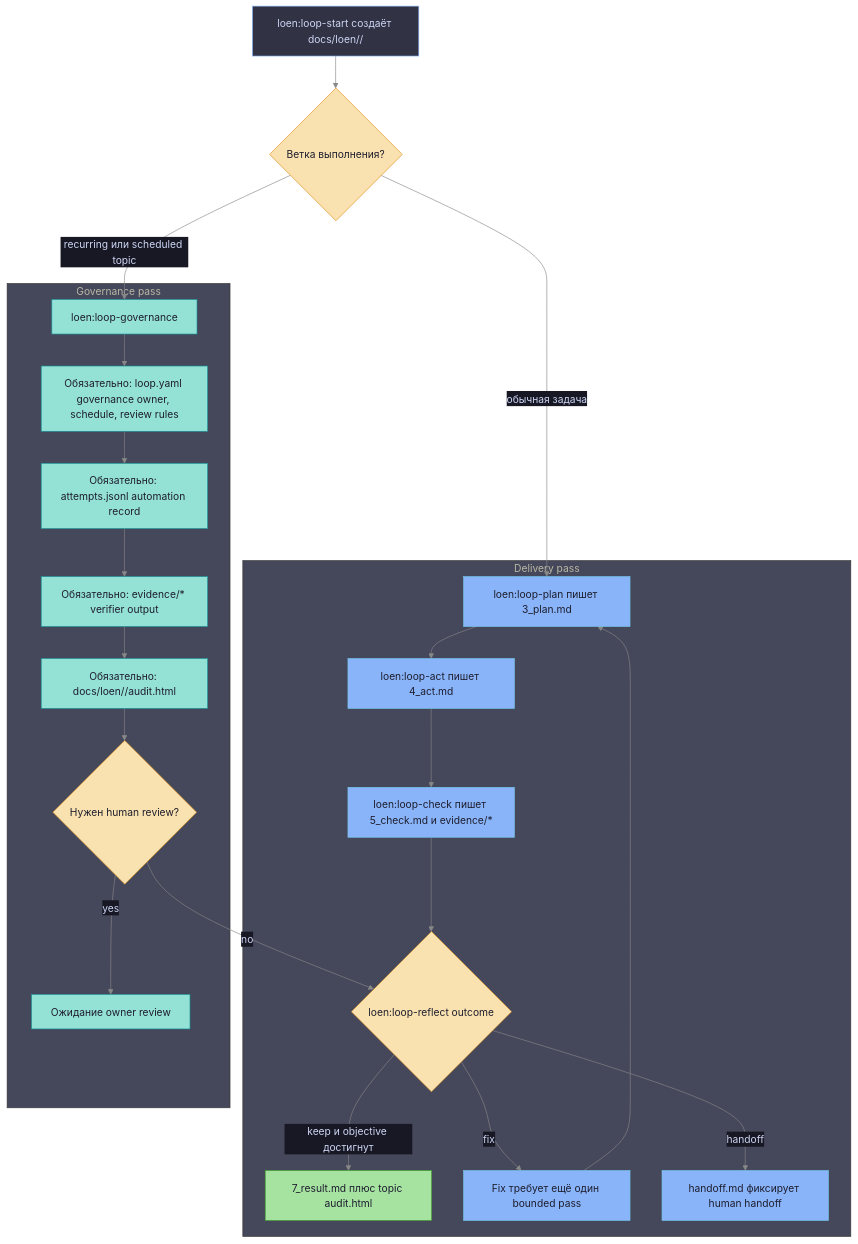
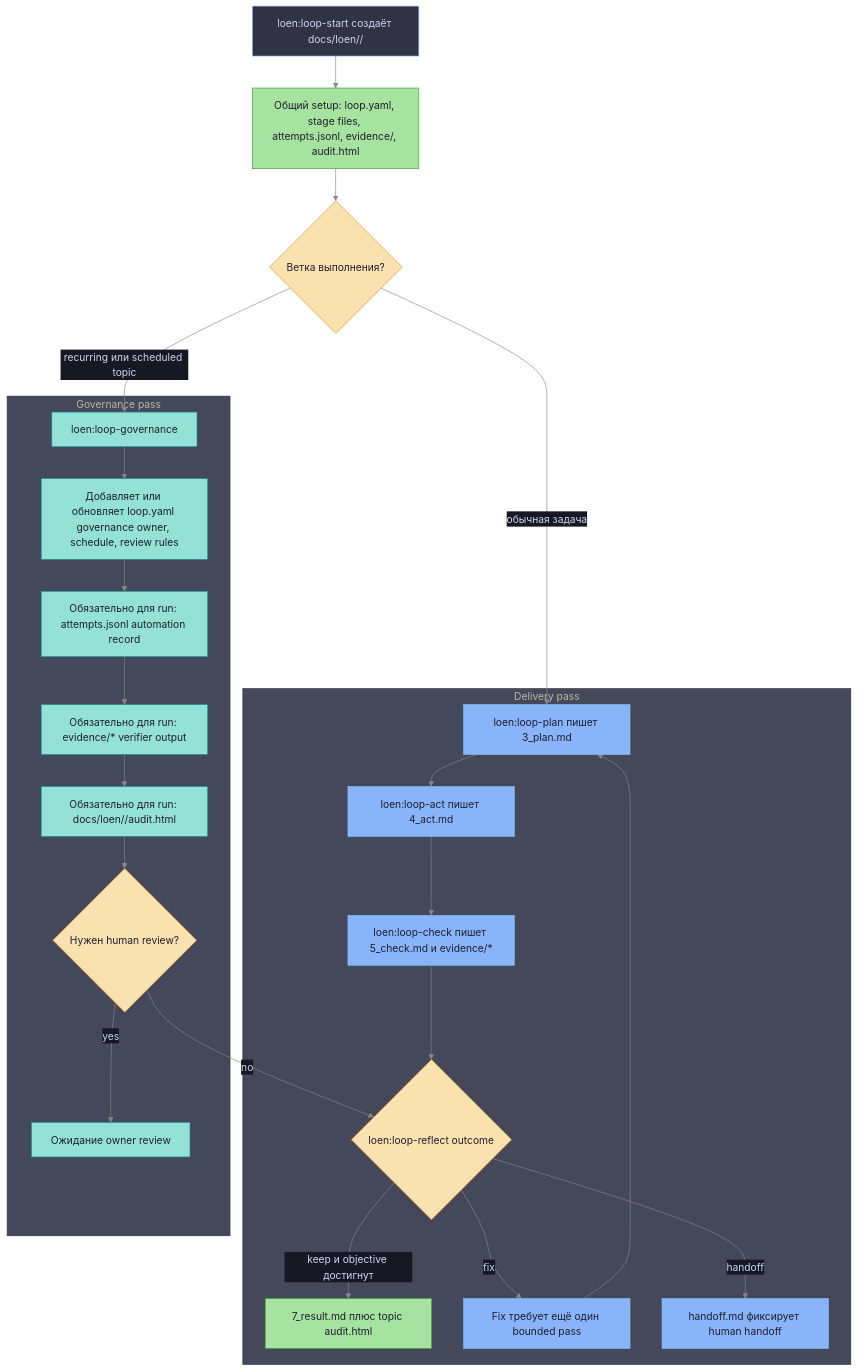
Before and after one commit to ikeniborn/icodex: the second of 2 diagrams in plugins/loen/README.ru.md, drawn with Mermaid. The commit also changed other lines of this file and 6 other files, not shown here.

Commit message:
docs(loen): clarify governance branch entrypoint

````diff
--- a/plugins/loen/README.ru.md
+++ b/plugins/loen/README.ru.md
@@ -99,52 +99,53 @@
 ```mermaid
 %%{init: {'theme': 'base', 'themeVariables': {'background': '#1e1e2e', 'primaryColor': '#313244', 'primaryTextColor': '#cdd6f4', 'primaryBorderColor': '#89b4fa', 'lineColor': '#888888', 'secondaryColor': '#181825', 'tertiaryColor': '#45475a'}}}%%
 flowchart TD
-    StartTopic["loen:loop-start создаёт docs/loen/<topic>/"] --> Branch{"Ветка выполнения?"}
+    StartTopic["loen:loop-start создаёт docs/loen/<topic>/"] --> SharedArtifacts["Общий setup: loop.yaml, stage files, attempts.jsonl, evidence/, audit.html"]
+    SharedArtifacts --> Branch{"Ветка выполнения?"}
 
     subgraph delivery["Delivery pass"]
         PlanStep["loen:loop-plan пишет 3_plan.md"]
         ActStep["loen:loop-act пишет 4_act.md"]
         CheckStep["loen:loop-check пишет 5_check.md и evidence/*"]
         ReflectStep{"loen:loop-reflect outcome"}
         ResultStep["7_result.md плюс topic audit.html"]
         FixStep["Fix требует ещё один bounded pass"]
         HandoffStep["handoff.md фиксирует human handoff"]
     end
 
     subgraph governance["Governance pass"]
         GovStep["loen:loop-governance"]
-        GovPolicy["Обязательно: loop.yaml governance owner, schedule, review rules"]
-        GovAttempt["Обязательно: attempts.jsonl automation record"]
-        GovEvidence["Обязательно: evidence/* verifier output"]
-        GovAudit["Обязательно: docs/loen/<topic>/audit.html"]
+        GovPolicy["Добавляет или обновляет loop.yaml governance owner, schedule, review rules"]
+        GovAttempt["Обязательно для run: attempts.jsonl automation record"]
+        GovEvidence["Обязательно для run: evidence/* verifier output"]
+        GovAudit["Обязательно для run: docs/loen/<topic>/audit.html"]
         GovReview{"Нужен human review?"}
         GovWait["Ожидание owner review"]
     end
 
     Branch -- "обычная задача" --> PlanStep
     PlanStep --> ActStep
     ActStep --> CheckStep
     CheckStep --> ReflectStep
     ReflectStep -- "keep и objective достигнут" --> ResultStep
     ReflectStep -- "fix" --> FixStep
     FixStep --> PlanStep
     ReflectStep -- "handoff" --> HandoffStep
 
     Branch -- "recurring или scheduled topic" --> GovStep
     GovStep --> GovPolicy
     GovPolicy --> GovAttempt
     GovAttempt --> GovEvidence
     GovEvidence --> GovAudit
     GovAudit --> GovReview
     GovReview -- "yes" --> GovWait
     GovReview -- "no" --> ReflectStep
 
     classDef decision fill:#f9e2af,color:#1e1e2e,stroke:#df8e1d
     classDef deliveryClass fill:#89b4fa,color:#1e1e2e,stroke:#74c7ec
     classDef governanceClass fill:#94e2d5,color:#1e1e2e,stroke:#179299
     classDef artifactClass fill:#a6e3a1,color:#1e1e2e,stroke:#40a02b
     class Branch,ReflectStep,GovReview decision
     class PlanStep,ActStep,CheckStep,FixStep,HandoffStep deliveryClass
     class GovStep,GovPolicy,GovAttempt,GovEvidence,GovAudit,GovWait governanceClass
-    class ResultStep artifactClass
+    class SharedArtifacts,ResultStep artifactClass
 ```
````
